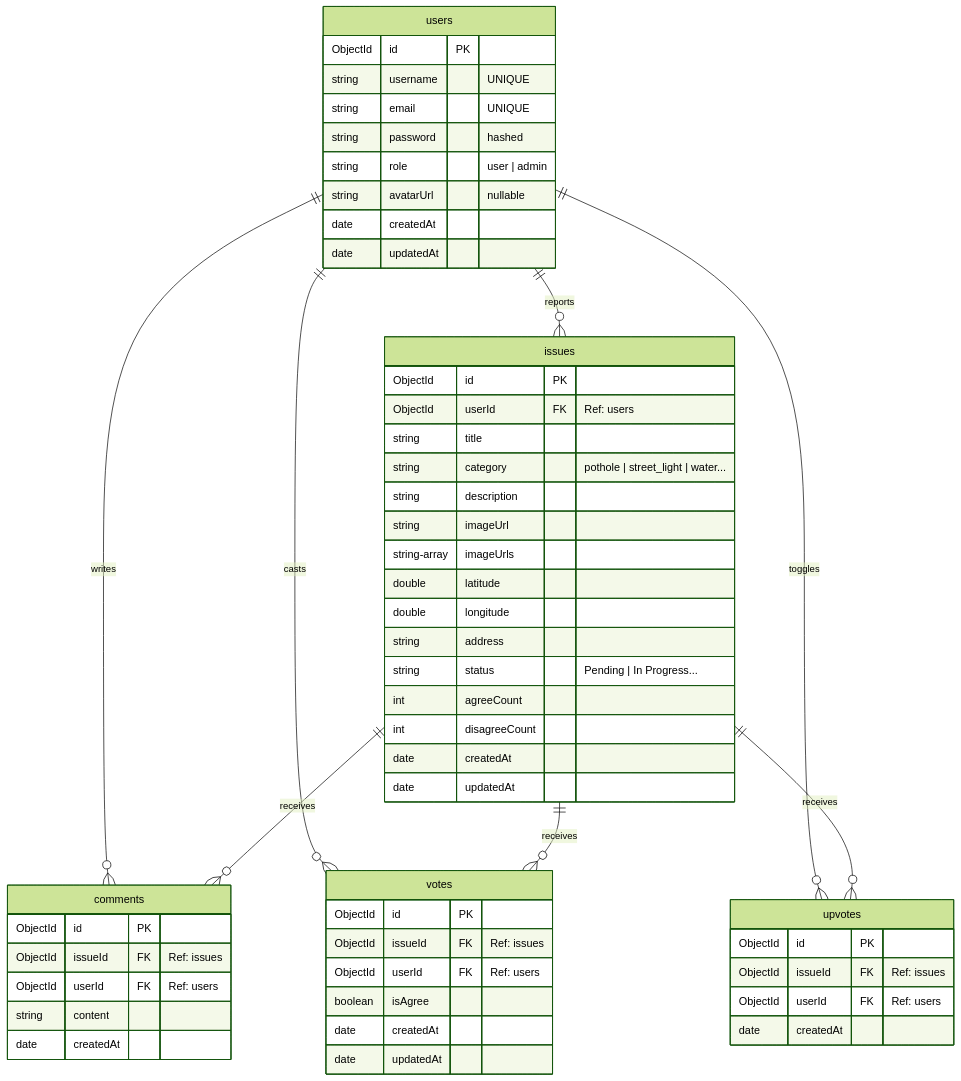
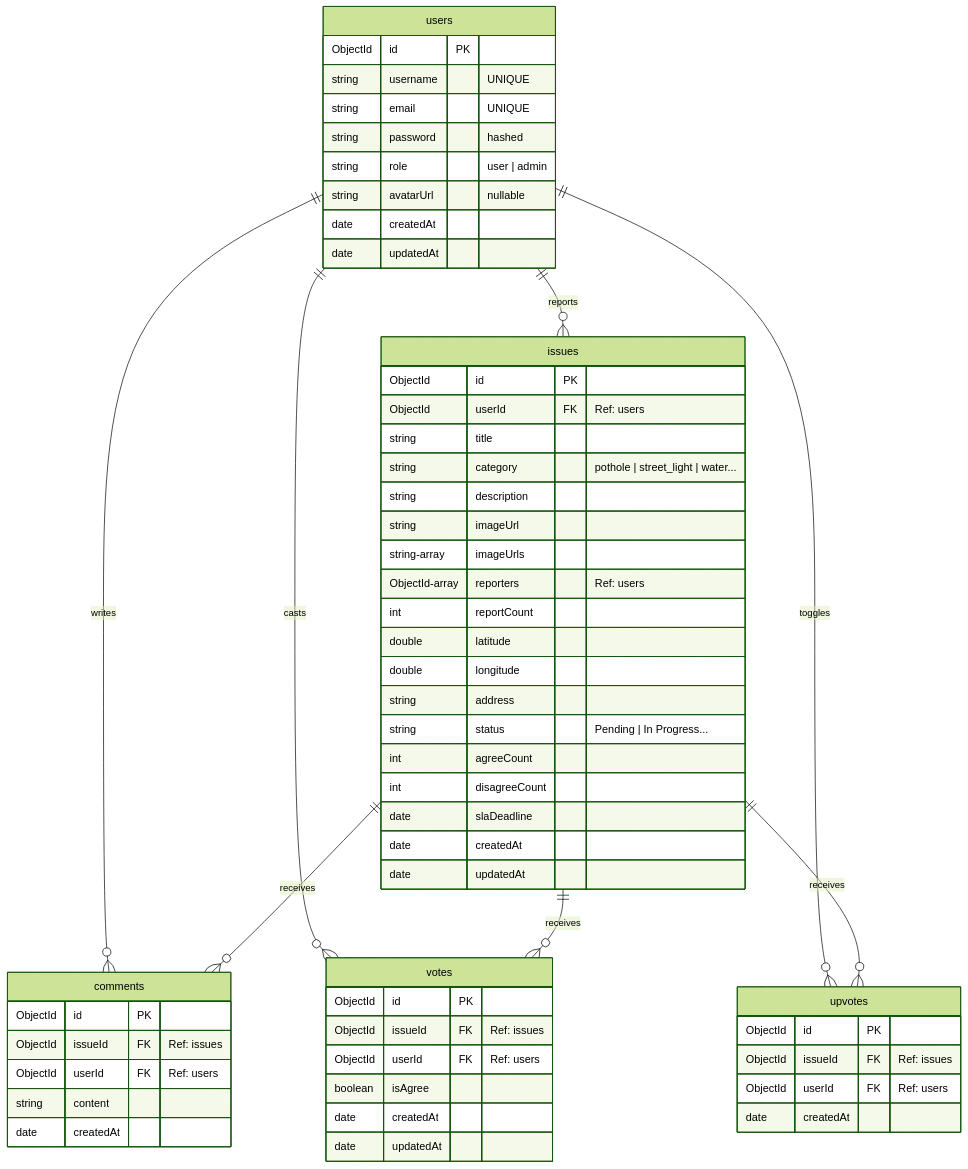
The diagram in docs/database_schema.md (Varunpatel586/Civic_Connect), drawn with Mermaid (forest theme) before and after one commit. The commit also changed other lines of this file and 13 other files, not shown here.

````diff
--- a/docs/database_schema.md
+++ b/docs/database_schema.md
@@ -11,59 +11,62 @@
 ```mermaid
 erDiagram
     users {
         ObjectId id PK
         string username "UNIQUE"
         string email "UNIQUE"
         string password "hashed"
         string role "user | admin"
         string avatarUrl "nullable"
         date createdAt
         date updatedAt
     }
     issues {
         ObjectId id PK
         ObjectId userId FK "Ref: users"
         string title
         string category "pothole | street_light | water..."
         string description
         string imageUrl
         string-array imageUrls
+        ObjectId-array reporters "Ref: users"
+        int reportCount
         double latitude
         double longitude
         string address
         string status "Pending | In Progress..."
         int agreeCount
         int disagreeCount
+        date slaDeadline
         date createdAt
         date updatedAt
     }
     comments {
         ObjectId id PK
         ObjectId issueId FK "Ref: issues"
         ObjectId userId FK "Ref: users"
         string content
         date createdAt
     }
     votes {
         ObjectId id PK
         ObjectId issueId FK "Ref: issues"
         ObjectId userId FK "Ref: users"
         boolean isAgree
         date createdAt
         date updatedAt
     }
     upvotes {
         ObjectId id PK
         ObjectId issueId FK "Ref: issues"
         ObjectId userId FK "Ref: users"
         date createdAt
     }
 
     users ||--o{ issues : "reports"
     users ||--o{ comments : "writes"
     users ||--o{ votes : "casts"
     users ||--o{ upvotes : "toggles"
     issues ||--o{ comments : "receives"
     issues ||--o{ votes : "receives"
     issues ||--o{ upvotes : "receives"
 ```
````
